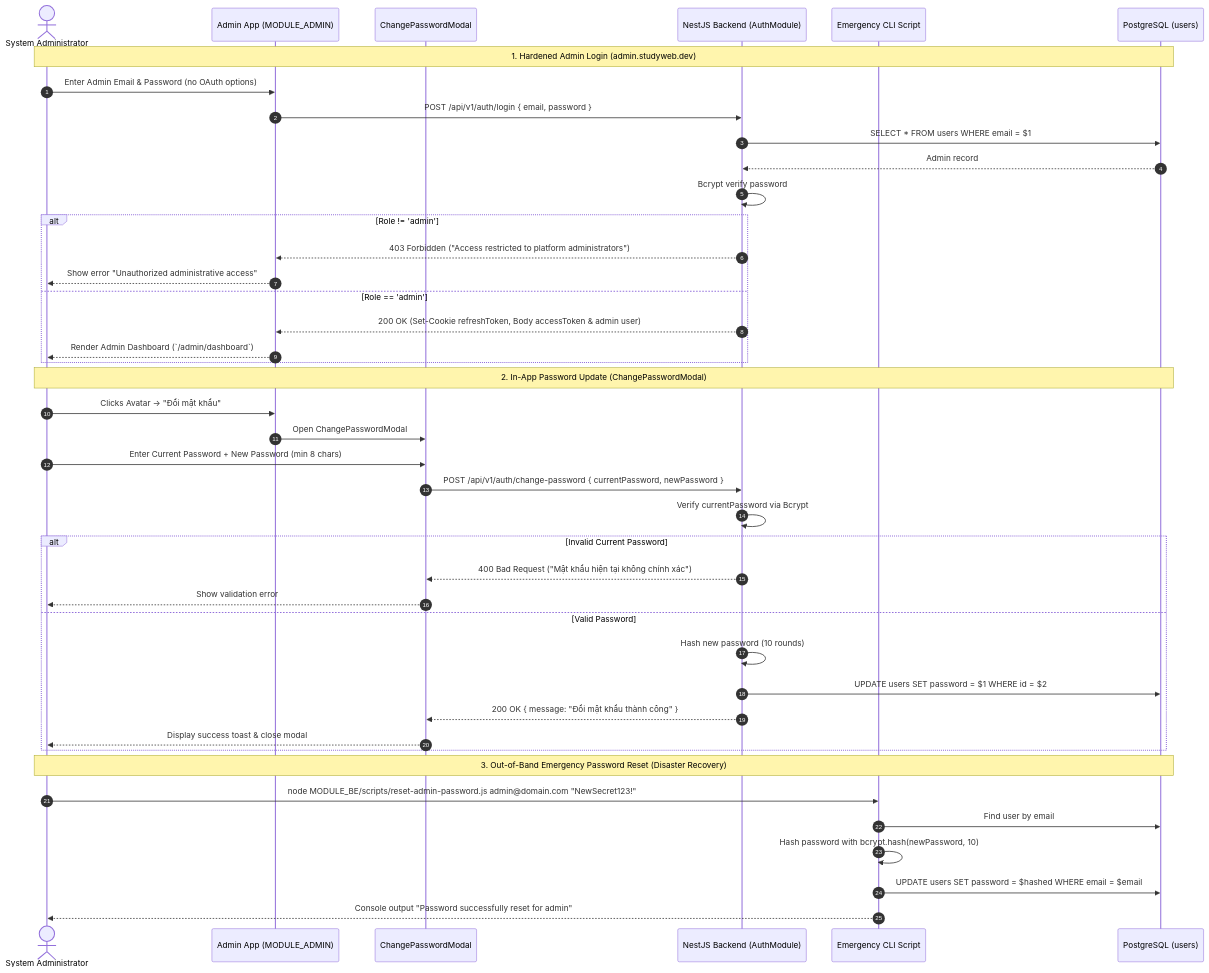
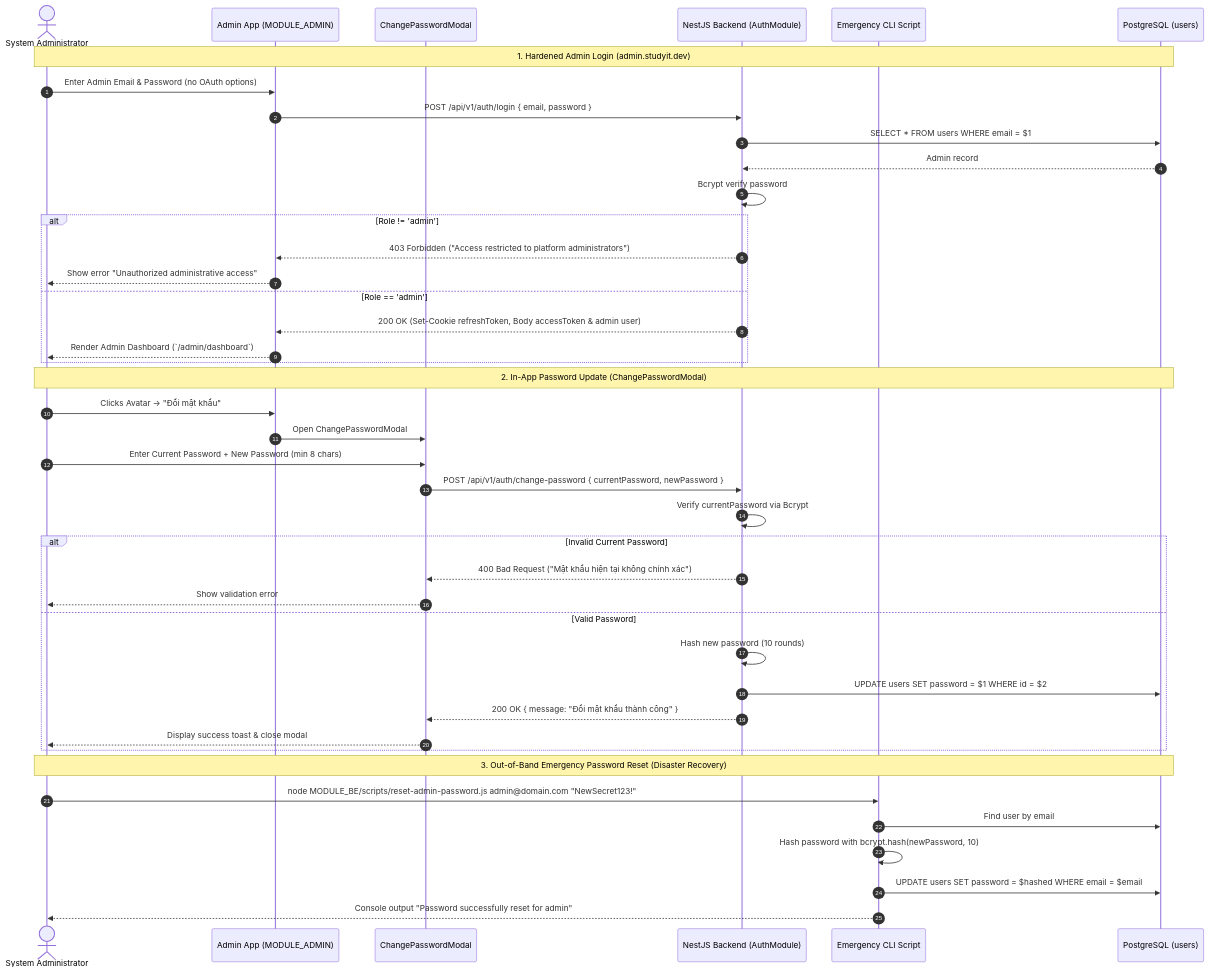
Before and after one commit to NguyenKhanhDuy2703/project_education: the second of 2 diagrams in docs/workflows/01-auth-login-to-home.md, drawn with Mermaid. The commit also changed other lines of this file and 284 other files, not shown here.

Commit message:
docs: refresh architecture and workflow guidance

````diff
--- a/docs/workflows/01-auth-login-to-home.md
+++ b/docs/workflows/01-auth-login-to-home.md
@@ -109,47 +109,47 @@
 ```mermaid
 sequenceDiagram
     autonumber
     actor Admin as System Administrator
     participant AdminUI as Admin App (MODULE_ADMIN)
     participant Modal as ChangePasswordModal
     participant BE as NestJS Backend (AuthModule)
     participant CLI as Emergency CLI Script
     participant DB as PostgreSQL (users)
 
-    Note over Admin, DB: 1. Hardened Admin Login (admin.studyweb.dev)
+    Note over Admin, DB: 1. Hardened Admin Login (admin.studyit.dev)
     Admin->>AdminUI: Enter Admin Email & Password (no OAuth options)
     AdminUI->>BE: POST /api/v1/auth/login { email, password }
     BE->>DB: SELECT * FROM users WHERE email = $1
     DB-->>BE: Admin record
     BE->>BE: Bcrypt verify password
     alt Role != 'admin'
         BE-->>AdminUI: 403 Forbidden ("Access restricted to platform administrators")
         AdminUI-->>Admin: Show error "Unauthorized administrative access"
     else Role == 'admin'
         BE-->>AdminUI: 200 OK (Set-Cookie refreshToken, Body accessToken & admin user)
         AdminUI-->>Admin: Render Admin Dashboard (`/admin/dashboard`)
     end
 
     Note over Admin, DB: 2. In-App Password Update (ChangePasswordModal)
     Admin->>AdminUI: Clicks Avatar -> "Đổi mật khẩu"
     AdminUI->>Modal: Open ChangePasswordModal
     Admin->>Modal: Enter Current Password + New Password (min 8 chars)
     Modal->>BE: POST /api/v1/auth/change-password { currentPassword, newPassword }
     BE->>BE: Verify currentPassword via Bcrypt
     alt Invalid Current Password
         BE-->>Modal: 400 Bad Request ("Mật khẩu hiện tại không chính xác")
         Modal-->>Admin: Show validation error
     else Valid Password
         BE->>BE: Hash new password (10 rounds)
         BE->>DB: UPDATE users SET password = $1 WHERE id = $2
         BE-->>Modal: 200 OK { message: "Đổi mật khẩu thành công" }
         Modal-->>Admin: Display success toast & close modal
     end
 
     Note over Admin, DB: 3. Out-of-Band Emergency Password Reset (Disaster Recovery)
     Admin->>CLI: node MODULE_BE/scripts/reset-admin-password.js admin@domain.com "NewSecret123!"
     CLI->>DB: Find user by email
     CLI->>CLI: Hash password with bcrypt.hash(newPassword, 10)
     CLI->>DB: UPDATE users SET password = $hashed WHERE email = $email
     CLI-->>Admin: Console output "Password successfully reset for admin"
 ```
````
